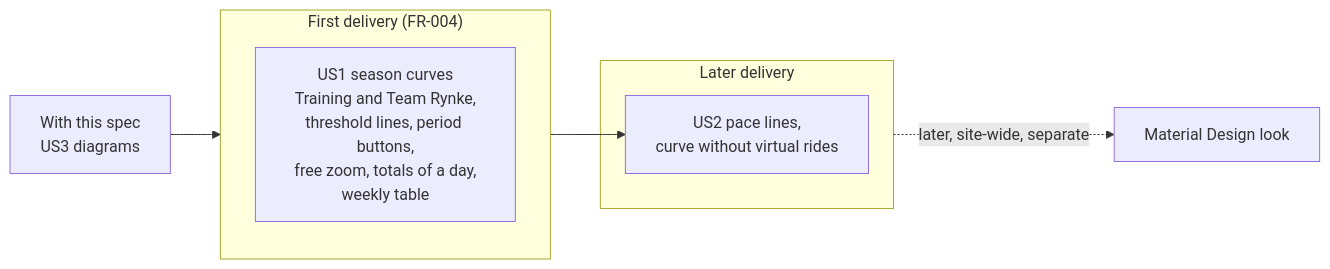
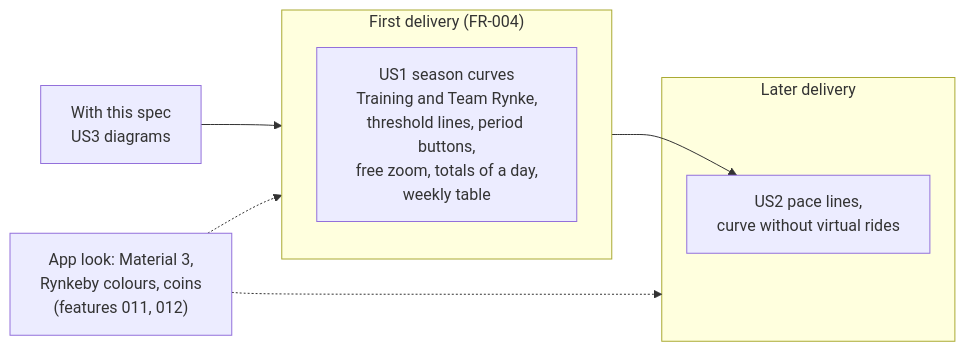
One commit to SaSteffen/RynkePoints changed the first of 9 diagrams in specs/009-rider-progress-charts/spec.md. Above: the diagram before and after it, drawn with Mermaid. The commit also changed other lines of this file, not shown here.

Commit message:
docs(009): bring the progress charts spec up to date with features 011-020

````diff
--- a/specs/009-rider-progress-charts/spec.md
+++ b/specs/009-rider-progress-charts/spec.md
@@ -569,15 +633,15 @@
 ```mermaid
 flowchart LR
     spec["With this spec<br/>US3 diagrams"] --> d1
 
     subgraph d1["First delivery (FR-004)"]
         us1["US1 season curves<br/>Training and Team Rynke,<br/>threshold lines, period buttons,<br/>free zoom, totals of a day,<br/>weekly table"]
     end
 
     subgraph later["Later delivery"]
         us2["US2 pace lines,<br/>curve without virtual rides"]
     end
 
     d1 --> us2
-    later -. "later, site-wide, separate" .-> md["Material Design look"]
+    look["App look: Material 3,<br/>Rynkeby colours, coins<br/>(features 011, 012)"] -.-> d1 & later
 ```
````
